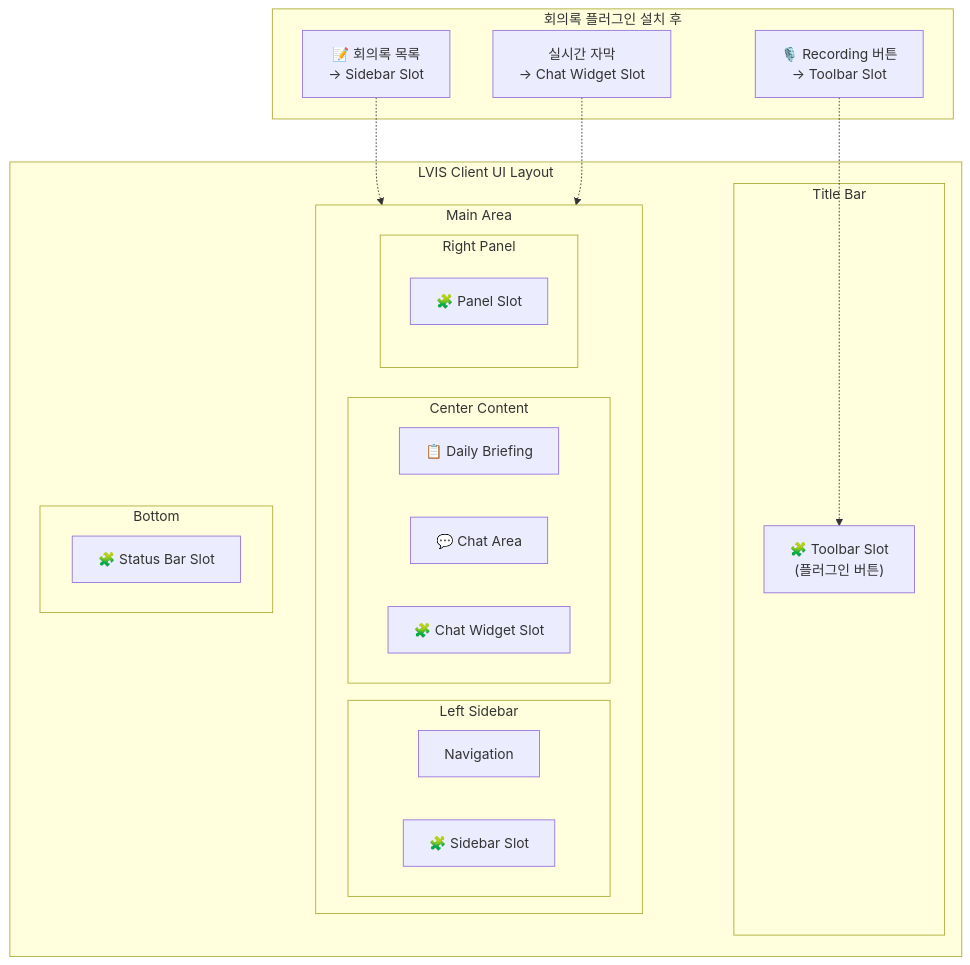
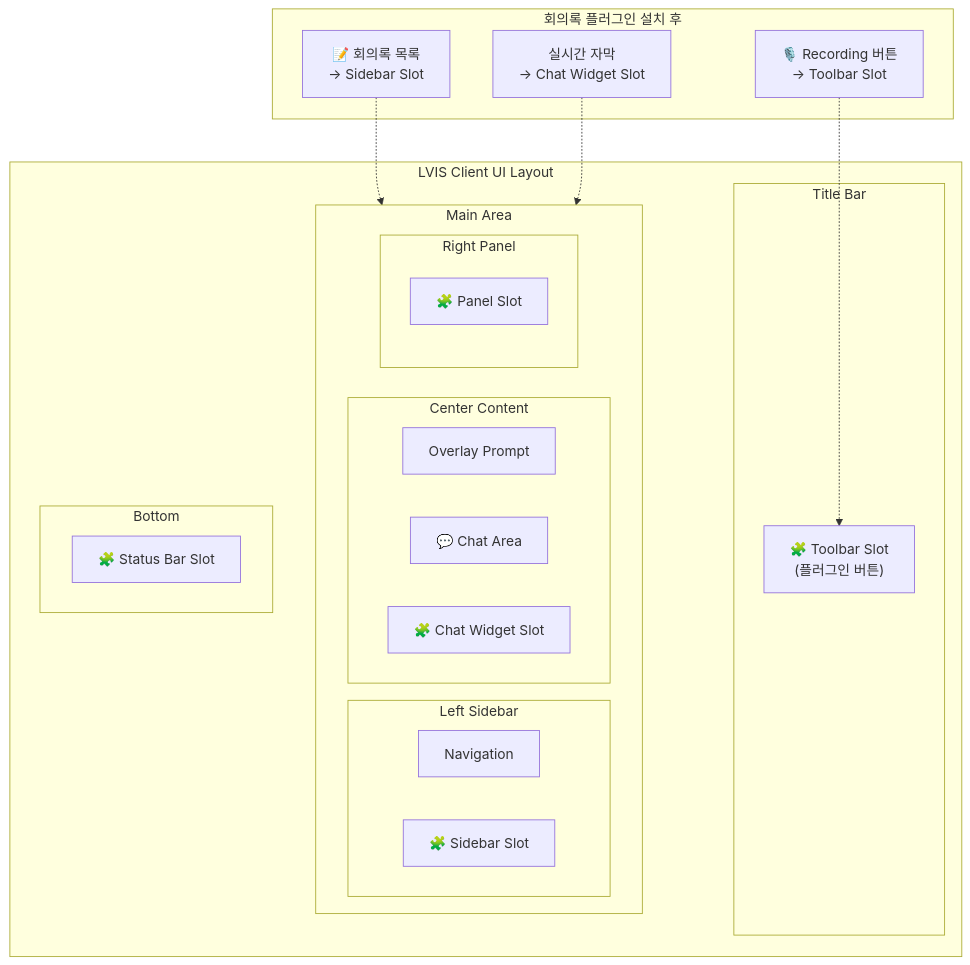
Before and after one commit to lvis-project/lvis-app: diagram 28 of 44 in docs/architecture/architecture.md, drawn with Mermaid. The commit also changed other lines of this file and 47 other files, not shown here.

````diff
--- a/docs/architecture/architecture.md
+++ b/docs/architecture/architecture.md
@@ -2541,38 +2486,38 @@
 ```mermaid
 graph TB
     subgraph "LVIS Client UI Layout"
         subgraph "Title Bar"
             TOOLBAR_SLOT["🧩 Toolbar Slot<br/>(플러그인 버튼)"]
         end
 
         subgraph "Main Area"
             direction LR
             subgraph "Left Sidebar"
                 NAV["Navigation"]
                 SIDEBAR_SLOT["🧩 Sidebar Slot"]
             end
             subgraph "Center Content"
-                BRIEFING_AREA["📋 Daily Briefing"]
+                OVERLAY_AREA["Overlay Prompt"]
                 CHAT_AREA["💬 Chat Area"]
                 CHAT_WIDGET_SLOT["🧩 Chat Widget Slot"]
             end
             subgraph "Right Panel"
                 PANEL_SLOT["🧩 Panel Slot"]
             end
         end
 
         subgraph "Bottom"
             STATUS_SLOT["🧩 Status Bar Slot"]
         end
     end
 
     subgraph "회의록 플러그인 설치 후"
         MEETING_TOOLBAR["🎙️ Recording 버튼<br/>→ Toolbar Slot"]
         MEETING_SIDEBAR["📝 회의록 목록<br/>→ Sidebar Slot"]
         MEETING_WIDGET["실시간 자막<br/>→ Chat Widget Slot"]
     end
 
     MEETING_TOOLBAR -.-> TOOLBAR_SLOT
     MEETING_SIDEBAR -.-> SIDEBAR_SLOT
     MEETING_WIDGET -.-> CHAT_WIDGET_SLOT
 ```
````
